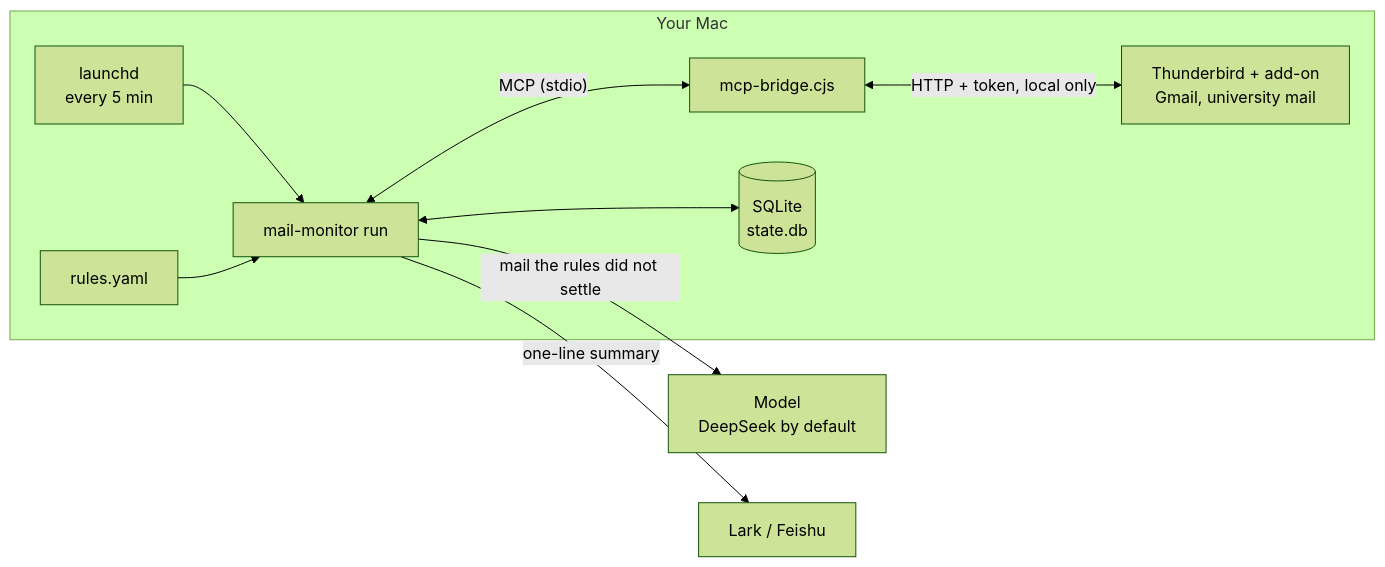
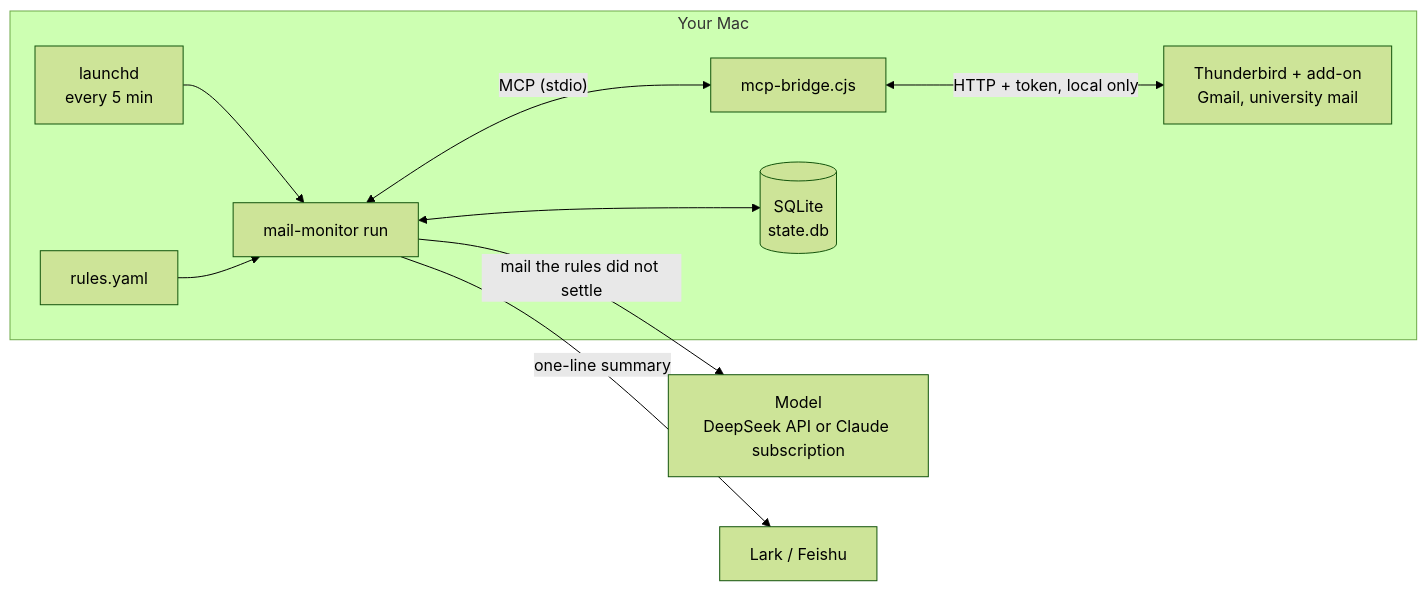
The first of 3 diagrams in monitor/docs/architecture_EN.md (yuhang2551/thunderbird-mail-agent), drawn with Mermaid (forest theme) before and after one commit. The commit also changed other lines of this file and 19 other files, not shown here.

First line of the commit message:
monitor: Claude 订阅版后端（MAIL_MONITOR_LLM=claude）

````diff
--- a/monitor/docs/architecture_EN.md
+++ b/monitor/docs/architecture_EN.md
@@ -26,12 +26,12 @@
 ```mermaid
 flowchart LR
     subgraph mac["Your Mac"]
         L["launchd<br/>every 5 min"] --> M["mail-monitor run"]
         M <-->|"MCP (stdio)"| B["mcp-bridge.cjs"]
         B <-->|"HTTP + token, local only"| T["Thunderbird + add-on<br/>Gmail, university mail"]
         M <--> D[("SQLite<br/>state.db")]
         R["rules.yaml"] --> M
     end
-    M -->|"mail the rules did not settle"| A["Model<br/>DeepSeek by default"]
+    M -->|"mail the rules did not settle"| A["Model<br/>DeepSeek API or Claude subscription"]
     M -->|"one-line summary"| K["Lark / Feishu"]
 ```
````
